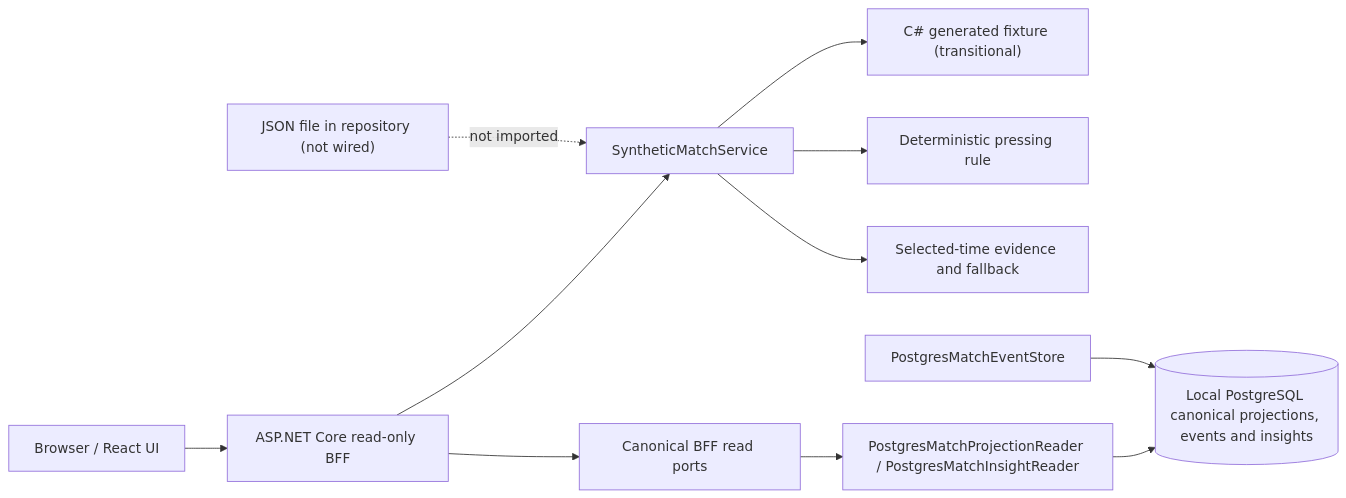
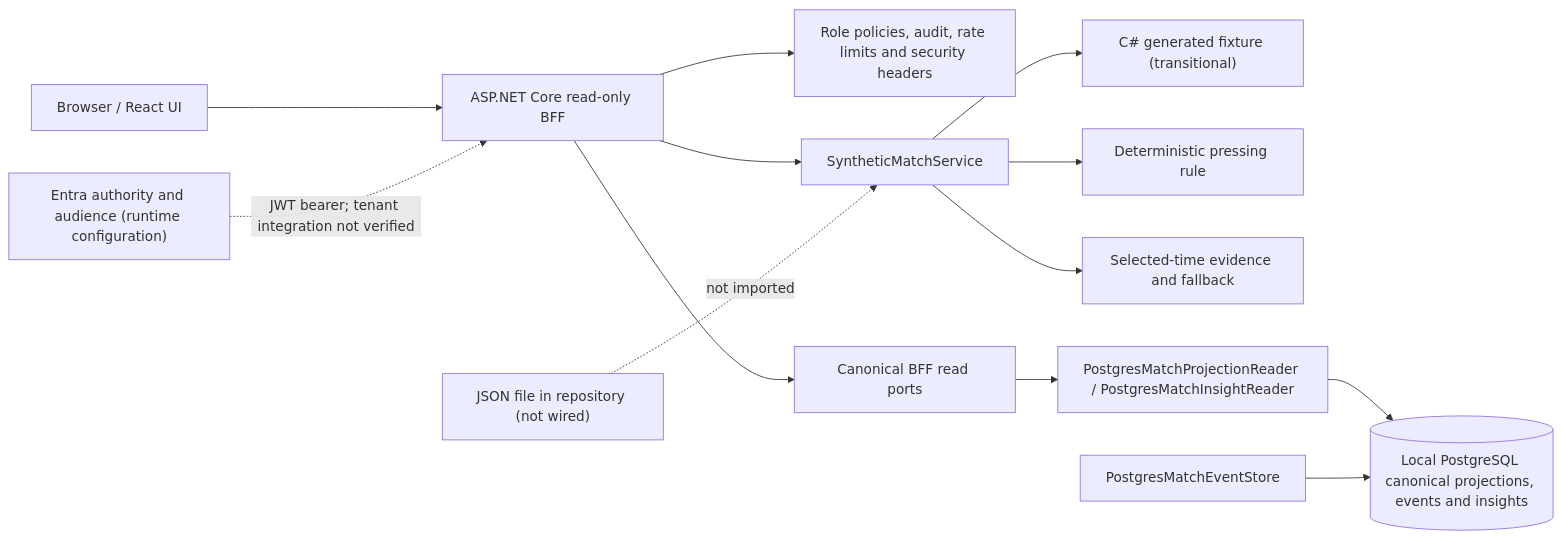
One commit to prateekgangopadhyay/PitchMind changed the first of 2 diagrams in docs/architecture/02-container.md. Above: the diagram before and after it, drawn with Mermaid. The commit also changed other lines of this file and 16 other files, not shown here.

````diff
--- a/docs/architecture/02-container.md
+++ b/docs/architecture/02-container.md
@@ -7,13 +7,15 @@
 ```mermaid
 flowchart LR
   U["Browser / React UI"] --> A["ASP.NET Core read-only BFF"]
+  ID["Entra authority and audience (runtime configuration)"] -. "JWT bearer; tenant integration not verified" .-> A
+  A --> Auth["Role policies, audit, rate limits and security headers"]
   A --> S["SyntheticMatchService"]
   S --> G["C# generated fixture (transitional)"]
   S --> T["Deterministic pressing rule"]
   S --> E["Selected-time evidence and fallback"]
   A --> R["Canonical BFF read ports"]
   R --> P["PostgresMatchProjectionReader / PostgresMatchInsightReader"]
   P --> DB[("Local PostgreSQL canonical projections, events and insights")]
   L["PostgresMatchEventStore"] --> DB
   J["JSON file in repository (not wired)"] -. "not imported" .-> S
 ```
````
